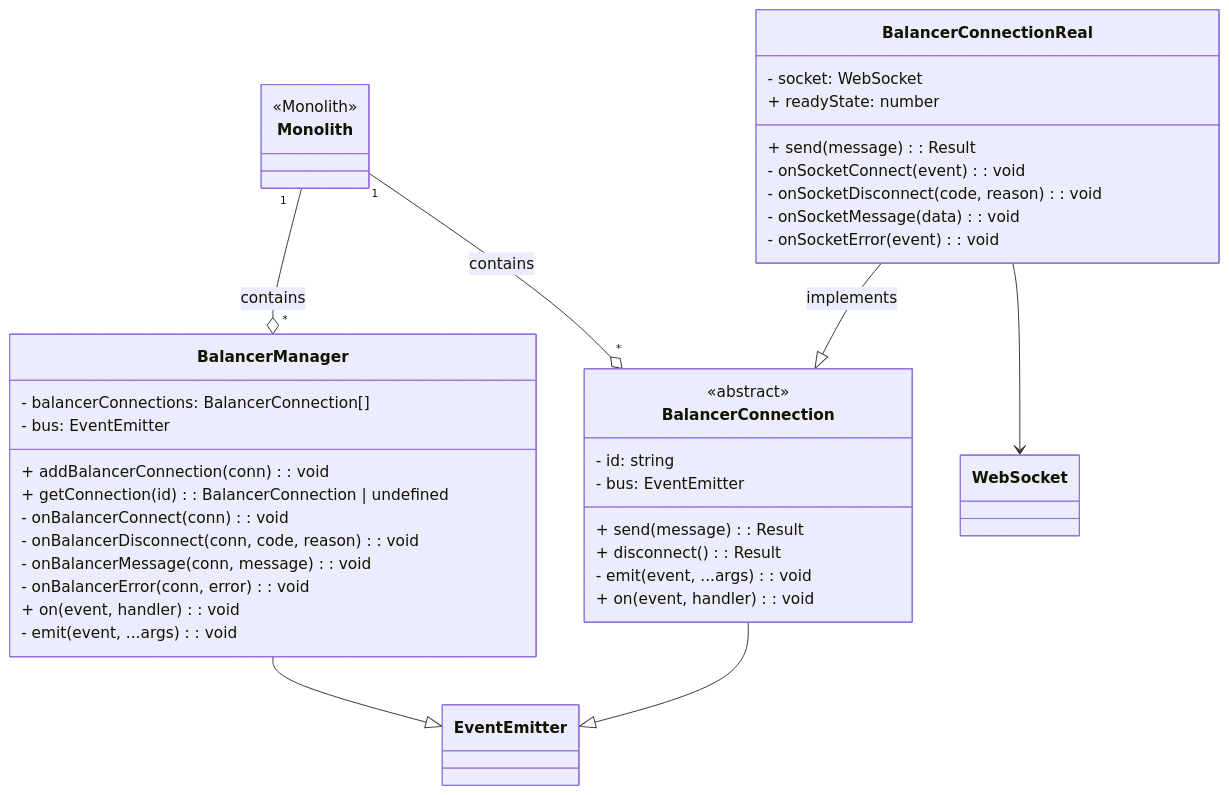
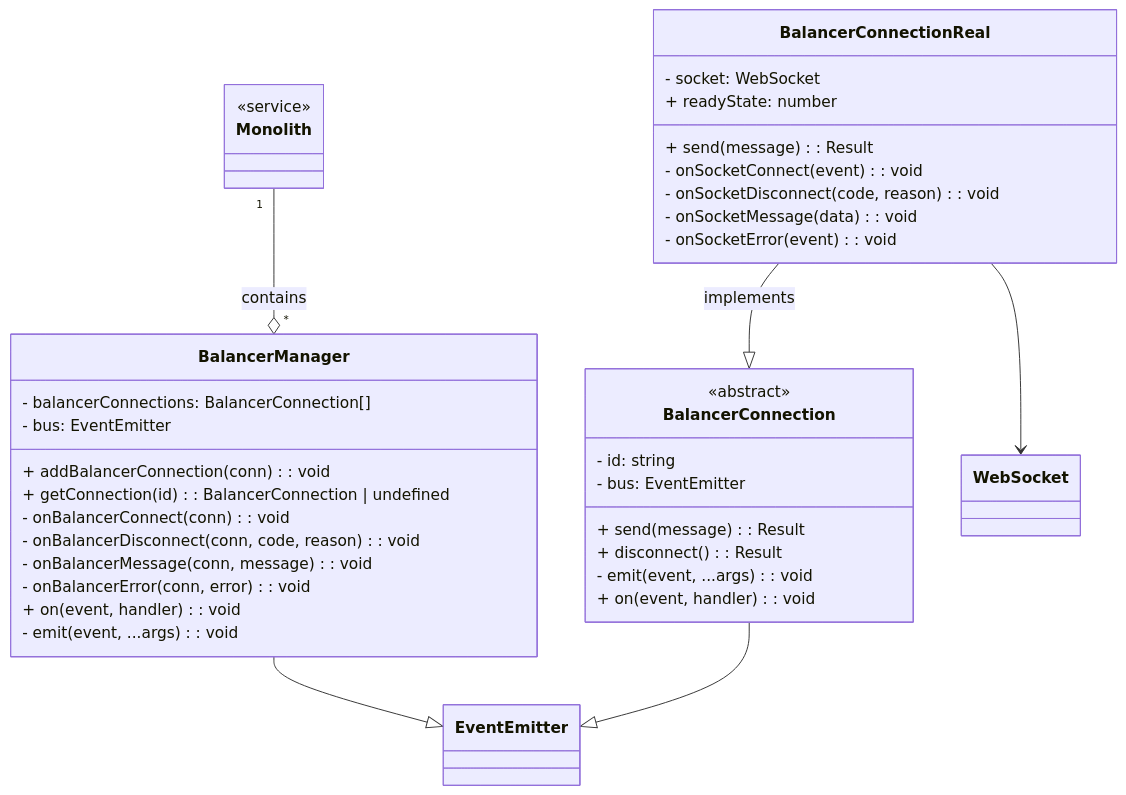
Before and after one commit to dyc3/senior-design: the diagram in figures/manage-balanacer-connections-class.mmd, drawn with Mermaid. The commit also changed 1 other file, not shown here.

```diff
--- a/figures/manage-balanacer-connections-class.mmd
+++ b/figures/manage-balanacer-connections-class.mmd
@@ -1,53 +1,52 @@
 classDiagram
     class Monolith {
-        <<Monolith>>
+        <<service>>
     }
 
     class BalancerManager {
         - balancerConnections: BalancerConnection[]
         - bus: EventEmitter
         + addBalancerConnection(conn): void
         + getConnection(id): BalancerConnection | undefined
         - onBalancerConnect(conn): void
         - onBalancerDisconnect(conn, code, reason): void
         - onBalancerMessage(conn, message): void
         - onBalancerError(conn, error): void
         + on(event, handler): void
         - emit(event, ...args): void
     }
 
     class BalancerConnection {
         <<abstract>>
         - id: string
         - bus: EventEmitter
         + send(message): Result<void, Error>
         + disconnect(): Result<void, Error>
         - emit(event, ...args): void
         + on(event, handler): void
     }
 
     class BalancerConnectionReal {
         - socket: WebSocket
         + readyState: number
         + send(message): Result<void, Error>
         - onSocketConnect(event): void
         - onSocketDisconnect(code, reason): void
         - onSocketMessage(data): void
         - onSocketError(event): void
     }
 
     class EventEmitter {
 
     }
 
     class WebSocket {
         
     }
 
     Monolith "1" --o "*" BalancerManager : contains
-    Monolith "1" --o "*" BalancerConnection : contains
 
     BalancerManager --|> EventEmitter
     BalancerConnection --|> EventEmitter
     BalancerConnectionReal --|> BalancerConnection : implements
     BalancerConnectionReal --> WebSocket
```
